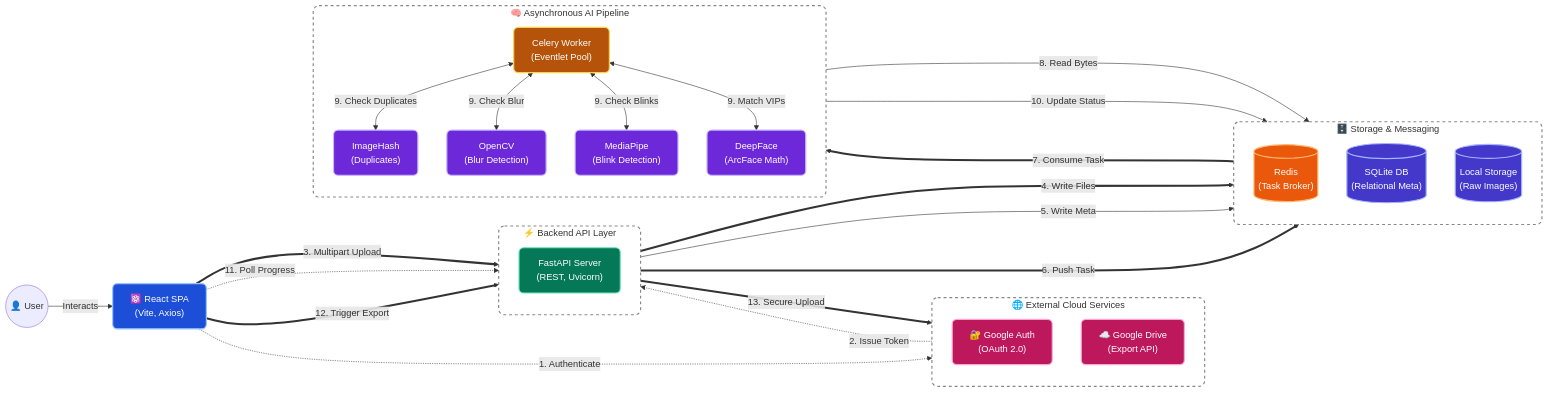
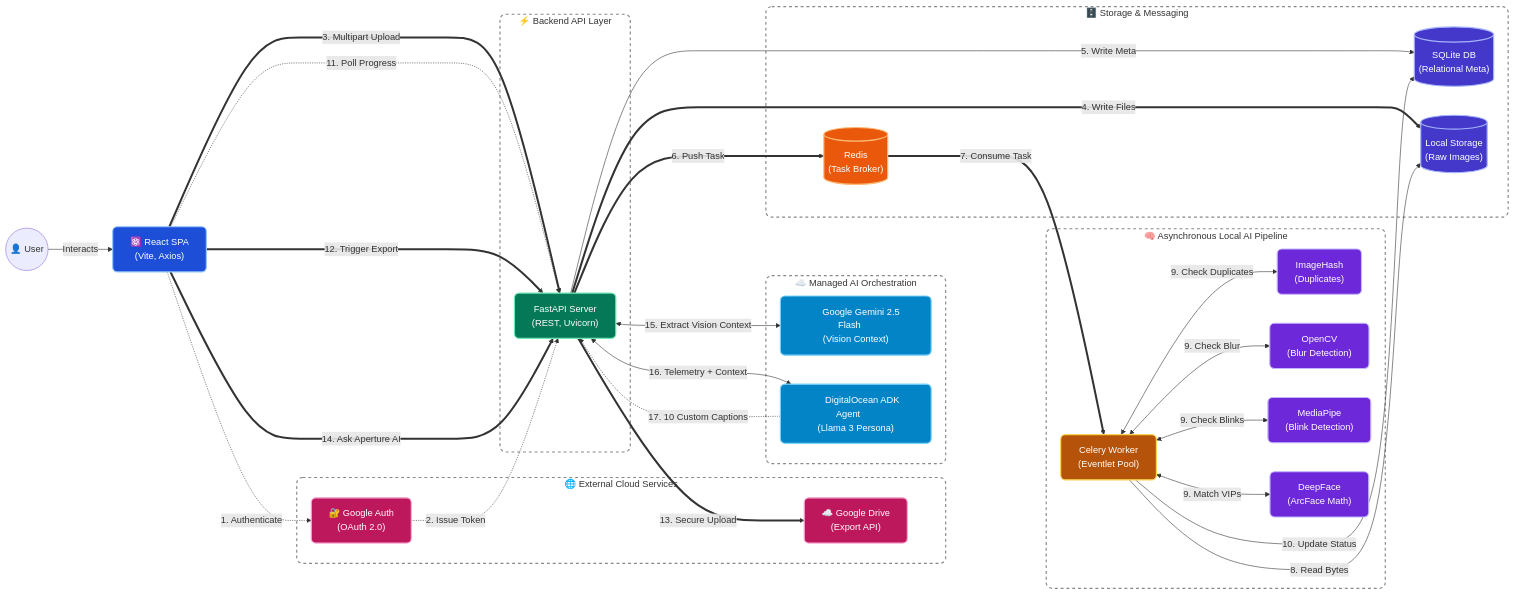
Before and after one commit to PranavS1604/photo_curator: the diagram in README.md, drawn with Mermaid. The commit also changed other lines of this file and 4 other files, not shown here.

Commit message:
Updated features and integrated Digital Ocean

````diff
--- a/README.md
+++ b/README.md
@@ -153,31 +180,34 @@
   classDef ai fill:#6d28d9,stroke:#c4b5fd,stroke-width:2px,color:#ffffff,rx:8px
   classDef db fill:#4338ca,stroke:#a5b4fc,stroke-width:2px,color:#ffffff,rx:8px
   classDef external fill:#be185d,stroke:#f9a8d4,stroke-width:2px,color:#ffffff,rx:8px
+  classDef cloudai fill:#0284c7,stroke:#7dd3fc,stroke-width:2px,color:#ffffff,rx:8px
 
   %% --- SYSTEM NODES ---
   User(("👤 User"))
   UI["⚛️ React SPA<br/>(Vite, Axios)"]:::client
 
   subgraph External ["🌐 External Cloud Services"]
-    direction TB
     OAuth["🔐 Google Auth<br/>(OAuth 2.0)"]:::external
     Drive["☁️ Google Drive<br/>(Export API)"]:::external
   end
 
+  %% Added padding spaces to force the box to render wider
+  subgraph CloudAI ["&nbsp;&nbsp;☁️ Managed AI Orchestration&nbsp;&nbsp;"]
+    Gemini["&nbsp;&nbsp;&nbsp;&nbsp;&nbsp;Google Gemini 2.5 Flash&nbsp;&nbsp;&nbsp;&nbsp;&nbsp;<br/>(Vision Context)"]:::cloudai
+    DO_ADK["&nbsp;&nbsp;&nbsp;&nbsp;&nbsp;&nbsp;DigitalOcean ADK Agent&nbsp;&nbsp;&nbsp;&nbsp;&nbsp;&nbsp;<br/>(Llama 3 Persona)"]:::cloudai
+  end
+
   subgraph Backend ["⚡ Backend API Layer"]
-    direction TB
     API["FastAPI Server<br/>(REST, Uvicorn)"]:::api
   end
 
   subgraph DataLayer ["🗄️ Storage & Messaging"]
-    direction TB
     Broker[("Redis<br/>(Task Broker)")]:::broker
     DB[("SQLite DB<br/>(Relational Meta)")]:::db
     Disk[("Local Storage<br/>(Raw Images)")]:::db
   end
 
-  subgraph AIEngine ["🧠 Asynchronous AI Pipeline"]
-    direction TB
+  subgraph AIEngine ["🧠 Asynchronous Local AI Pipeline"]
     Celery["Celery Worker<br/>(Eventlet Pool)"]:::worker
     Hash["ImageHash<br/>(Duplicates)"]:::ai
     CV["OpenCV<br/>(Blur Detection)"]:::ai
@@ -214,6 +244,12 @@
   UI ==>|"12. Trigger Export"| API
   API ==>|"13. Secure Upload"| Drive
 
+  %% 6. Multi-Agent Orchestration
+  UI ==>|"14. Ask Aperture AI"| API
+  API <-->|"15. Extract Vision Context"| Gemini
+  API <-->|"16. Telemetry + Context"| DO_ADK
+  DO_ADK -.->|"17. 10 Custom Captions"| API
+
   %% Apply cluster styling to subgraphs
-  class External,Backend,DataLayer,AIEngine cluster
+  class External,Backend,DataLayer,AIEngine,CloudAI cluster
 ```
````
